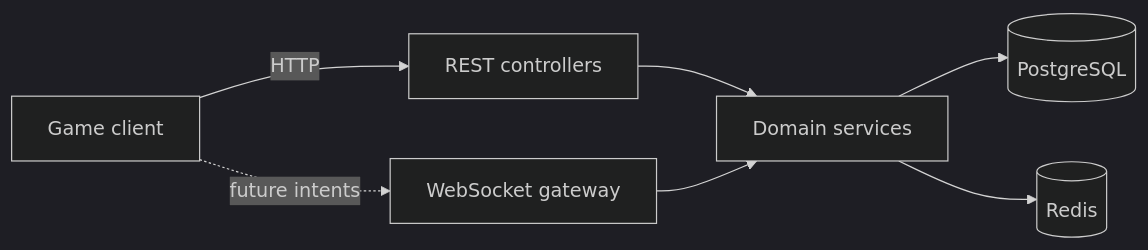
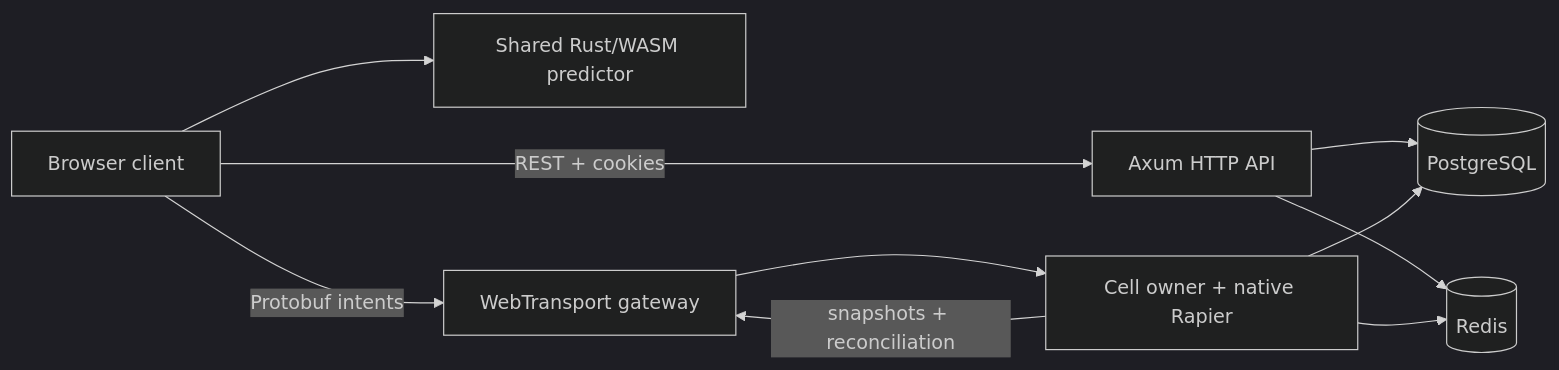
One commit to AlanGreyjoy/claudecitizen changed the diagram in docs/docs/engineering/stack.md. Above: the diagram before and after it, drawn with Mermaid (dark theme). The commit also changed other lines of this file and 195 other files, not shown here.

````diff
--- a/docs/docs/engineering/stack.md
+++ b/docs/docs/engineering/stack.md
@@ -122,16 +24,20 @@
 ```mermaid
 flowchart LR
-  Browser[Game client]
-  WS[WebSocket gateway]
-  API[REST controllers]
-  Svc[Domain services]
-  DB[(PostgreSQL)]
-  Cache[(Redis)]
+  Browser["Browser client"]
+  WASM["Shared Rust/WASM predictor"]
+  API["Axum HTTP API"]
+  WT["WebTransport gateway"]
+  Cell["Cell owner + native Rapier"]
+  PG[(PostgreSQL)]
+  Redis[(Redis)]
 
-  Browser -->|HTTP| API
-  Browser -.->|future intents| WS
-  API --> Svc
-  WS --> Svc
-  Svc --> DB
-  Svc --> Cache
+  Browser --> WASM
+  Browser -->|"REST + cookies"| API
+  Browser -->|"Protobuf intents"| WT
+  WT --> Cell
+  Cell -->|"snapshots + reconciliation"| WT
+  API --> PG
+  Cell --> PG
+  API --> Redis
+  Cell --> Redis
 ```
````
